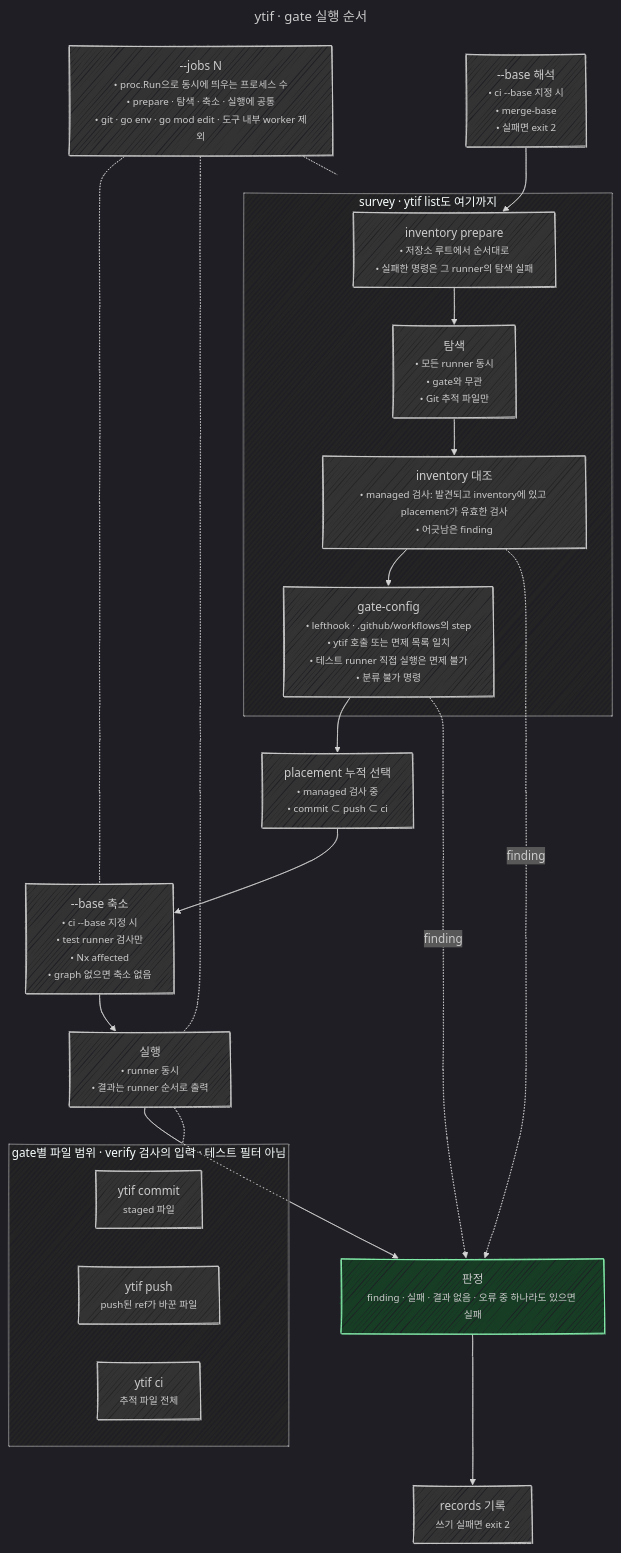
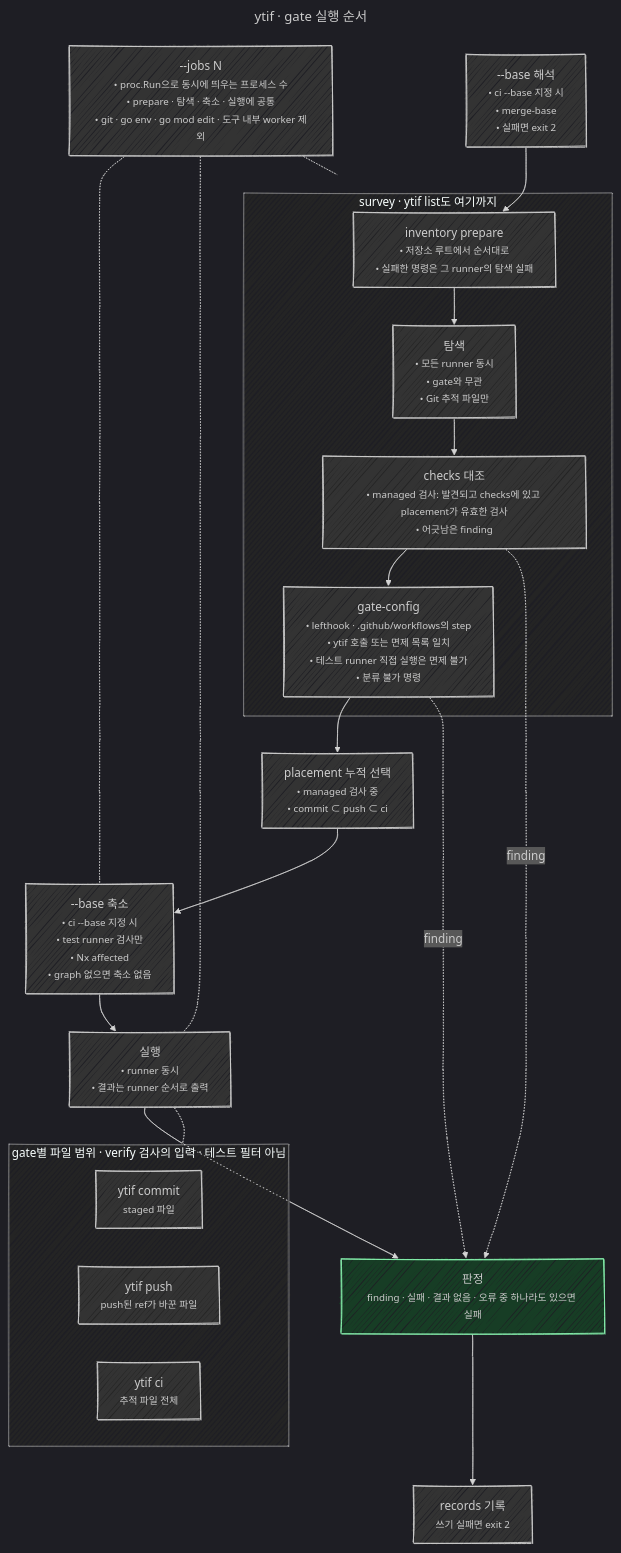
The diagram in blueprint/gates.mermaid (undervoke/ytif), drawn with Mermaid before and after one commit. The commit also changed 3 other files, not shown here.

```diff
--- a/blueprint/gates.mermaid
+++ b/blueprint/gates.mermaid
@@ -1,50 +1,50 @@
 ---
 title: ytif · gate 실행 순서
 config:
   look: handDrawn
   handDrawnSeed: 5
   theme: dark
   themeVariables:
     mainBkg: "#333333"
     clusterBkg: "#242424"
   themeCSS: |
     small { display: inline-block; text-align: left; }
   flowchart:
     wrappingWidth: 300
 ---
-%% Behavior authority: README.md (Gates, The inventory, gate-config paragraphs) and internal/gate (gate.go Run, survey.go NewSurvey, collect.go, present.go), internal/reconcile, internal/gateconf, internal/proc, internal/affected at main 5ce043d (v0.5.0 behavior).
+%% Behavior authority: README.md (Gates, The inventory, gate-config paragraphs) and internal/gate (gate.go Run, survey.go NewSurvey, collect.go, present.go), internal/reconcile, internal/gateconf, internal/proc, internal/affected.
 %% ytif list runs the same survey (list.go) and stops there.
 %% --jobs N bounds the processes ytif starts through proc.Run across preparation, discovery, narrowing and dispatch (gate.go:72); workers inside a started tool are the project's configuration. Preparation and narrowing run alone, before and after discovery.
 %% Findings do not short-circuit dispatch; a selected check whose run would also run an unselected check is held back without an outcome. The verdict fails on any finding, failed check, check without an outcome, invocation error, or run problem (present.go:107-109).
 %% Early errors (unknown gate, unresolved --base, unreadable inventory or exemptions, unreadable file scope) exit 2 without records; a records write failure also exits 2.
 %% Narrowing drops only test-runner checks whose unit lies in an Nx project the changes since the merge base do not affect; verify checks and units outside every project stay. Without nx.json or a graph, nothing is narrowed.
 flowchart TB
   Base["--base 해석<br/><small>• ci --base 지정 시<br/>• merge-base<br/>• 실패면 exit 2</small>"]
   subgraph Survey["survey · ytif list도 여기까지"]
     Prepare["inventory prepare<br/><small>• 저장소 루트에서 순서대로<br/>• 실패한 명령은 그 runner의 탐색 실패</small>"]
     Discover["탐색<br/><small>• 모든 runner 동시<br/>• gate와 무관<br/>• Git 추적 파일만</small>"]
-    Reconcile["inventory 대조<br/><small>• managed 검사: 발견되고 inventory에 있고 placement가 유효한 검사<br/>• 어긋남은 finding</small>"]
+    Reconcile["checks 대조<br/><small>• managed 검사: 발견되고 checks에 있고 placement가 유효한 검사<br/>• 어긋남은 finding</small>"]
     GateConf["gate-config<br/><small>• lefthook · .github/workflows의 step<br/>• ytif 호출 또는 면제 목록 일치<br/>• 테스트 runner 직접 실행은 면제 불가<br/>• 분류 불가 명령</small>"]
     Prepare --> Discover --> Reconcile --> GateConf
   end
   Select["placement 누적 선택<br/><small>• managed 검사 중<br/>• commit ⊂ push ⊂ ci</small>"]
   Narrow["--base 축소<br/><small>• ci --base 지정 시<br/>• test runner 검사만<br/>• Nx affected<br/>• graph 없으면 축소 없음</small>"]
   Dispatch["실행<br/><small>• runner 동시<br/>• 결과는 runner 순서로 출력</small>"]
   Verdict["판정<br/><small>finding · 실패 · 결과 없음 · 오류 중 하나라도 있으면 실패</small>"]
   Records["records 기록<br/><small>쓰기 실패면 exit 2</small>"]
   Jobs["--jobs N<br/><small>• proc.Run으로 동시에 띄우는 프로세스 수<br/>• prepare · 탐색 · 축소 · 실행에 공통<br/>• git · go env · go mod edit · 도구 내부 worker 제외</small>"]
   subgraph Scope["gate별 파일 범위 · verify 검사의 입력 · 테스트 필터 아님"]
     C["ytif commit<br/><small>staged 파일</small>"]
     P["ytif push<br/><small>push된 ref가 바꾼 파일</small>"]
     I["ytif ci<br/><small>추적 파일 전체</small>"]
   end
   Base --> Prepare
   GateConf --> Select --> Narrow --> Dispatch --> Verdict --> Records
   Reconcile -.->|finding| Verdict
   GateConf -.->|finding| Verdict
   Jobs -.- Survey
   Jobs -.- Narrow
   Jobs -.- Dispatch
   Dispatch -.- Scope
   classDef em fill:#173d25,stroke:#86efac
   class Verdict em
```
